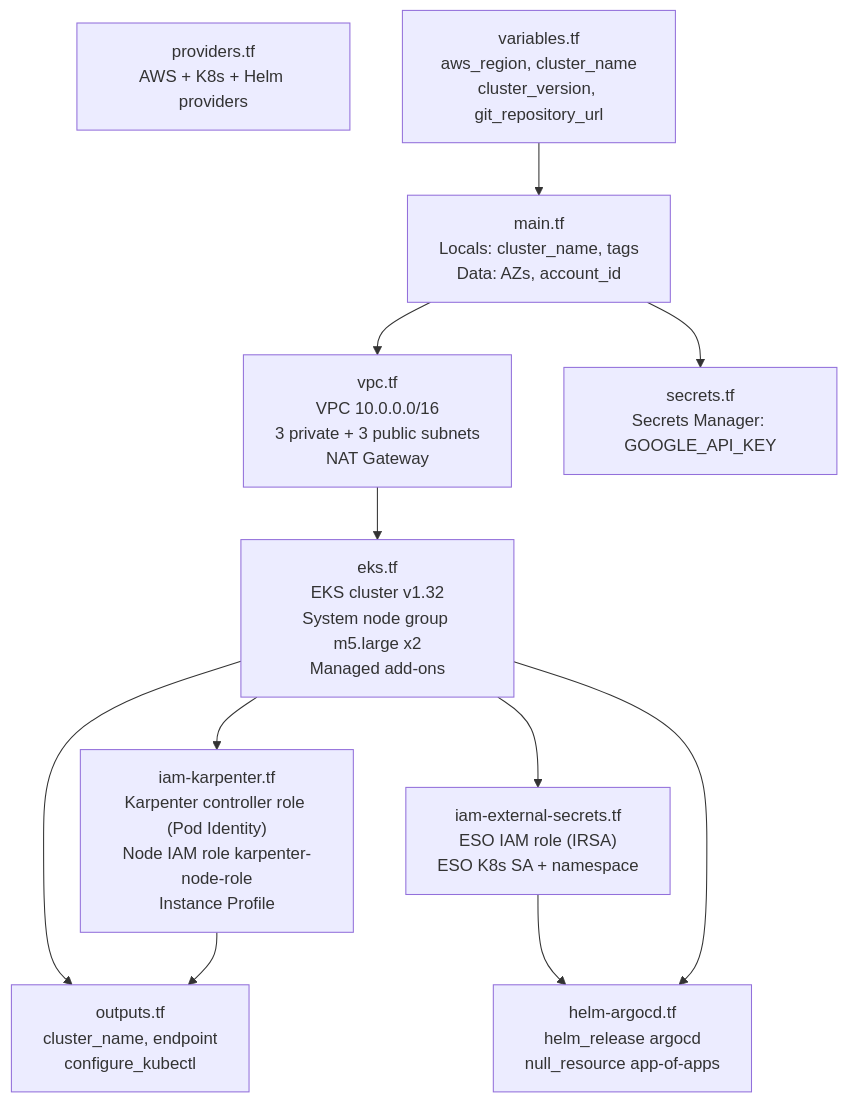
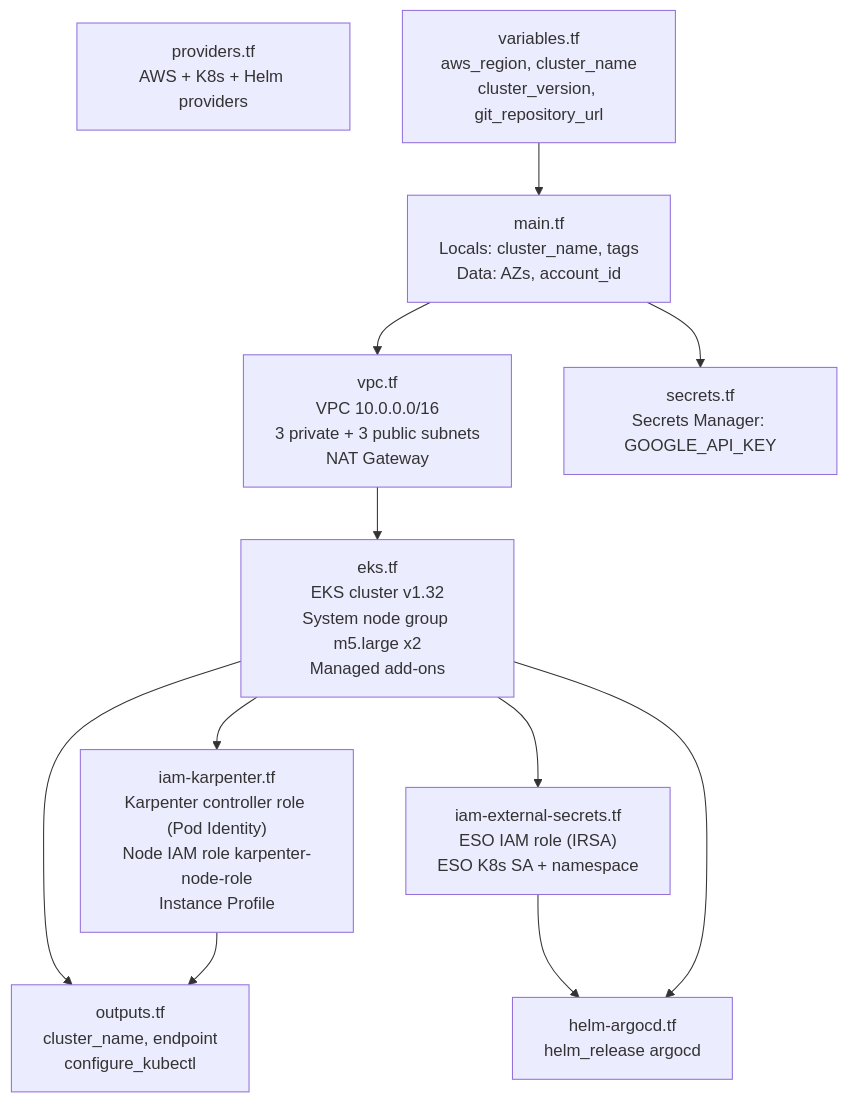
One commit to selvakumarperumal/karpenter_simple_example changed the diagram in terraform/README.md. Above: the diagram before and after it, drawn with Mermaid. The commit also changed other lines of this file and 37 other files, not shown here.

Commit message:
feat: add Grafana dashboards for FastAPI monitoring and configure manual App of Apps bootstrapping

````diff
--- a/terraform/README.md
+++ b/terraform/README.md
@@ -24,24 +24,24 @@
 ```mermaid
 graph TD
     PROV["providers.tf\nAWS + K8s + Helm providers"]
     MAIN["main.tf\nLocals: cluster_name, tags\nData: AZs, account_id"]
     VARS["variables.tf\naws_region, cluster_name\ncluster_version, git_repository_url"]
     VPC["vpc.tf\nVPC 10.0.0.0/16\n3 private + 3 public subnets\nNAT Gateway"]
     EKS["eks.tf\nEKS cluster v1.32\nSystem node group m5.large x2\nManaged add-ons"]
     IAMK["iam-karpenter.tf\nKarpenter controller role (Pod Identity)\nNode IAM role karpenter-node-role\nInstance Profile"]
     IAMESE["iam-external-secrets.tf\nESO IAM role (IRSA)\nESO K8s SA + namespace"]
     SECRETS["secrets.tf\nSecrets Manager: GOOGLE_API_KEY"]
-    ARGOCD["helm-argocd.tf\nhelm_release argocd\nnull_resource app-of-apps"]
+    ARGOCD["helm-argocd.tf\nhelm_release argocd"]
     OUT["outputs.tf\ncluster_name, endpoint\nconfigure_kubectl"]
 
     VARS --> MAIN
     MAIN --> VPC
     VPC --> EKS
     EKS --> IAMK
     EKS --> IAMESE
     MAIN --> SECRETS
     IAMESE --> ARGOCD
     EKS --> ARGOCD
     EKS --> OUT
     IAMK --> OUT
 ```
````
